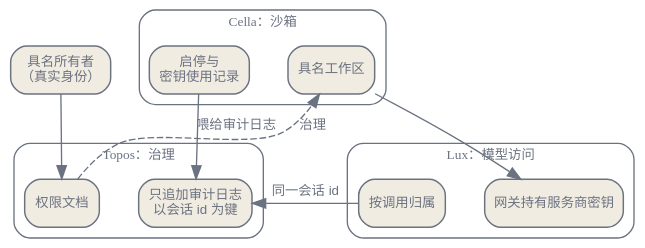
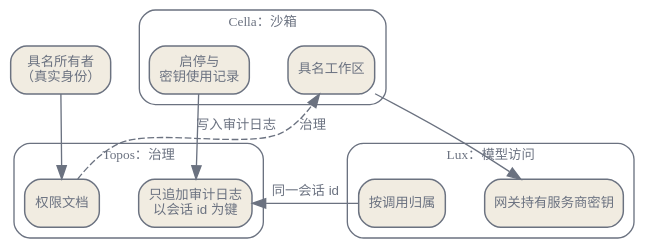
The third of 3 diagrams in zh/ecosystem/02-tooling-ecosystem.qmd (latere-ai/ai-as-an-infrastructure), drawn with Graphviz before and after one commit. The commit also changed other lines of this file and 8 other files, not shown here.

````diff
--- a/zh/ecosystem/02-tooling-ecosystem.qmd
+++ b/zh/ecosystem/02-tooling-ecosystem.qmd
@@ -243,35 +243,35 @@
 ```{dot}
 //| label: fig-tooling-composition
 //| fig-cap: "各层围绕同一个会话 id 组合。治理读取沙箱审计日志，网关的归属索引到同一个会话 id，而一个具名所有者把这一切系到一个真实身份上。"
 digraph {
   bgcolor="transparent";
   rankdir=TB;
   nodesep=0.4; ranksep=0.5;
   node [shape=box, style="rounded,filled", fontname="Helvetica", fontsize=10, color="#6b7280", fontcolor="#6b7280", fillcolor="#f1ece1", penwidth=1.1];
   edge [fontsize=10, fontname="Helvetica", color="#6b7280", fontcolor="#6b7280"];
 
   owner [label="具名所有者\n（真实身份）"];
 
   subgraph cluster_topos {
     label="Topos：治理"; style=rounded; color="#6b7280"; fontcolor="#6b7280"; fontsize=10;
     doc [label="权限文档"];
     log [label="只追加审计日志\n以会话 id 为键"];
   }
   subgraph cluster_cella {
     label="Cella：沙箱"; style=rounded; color="#6b7280"; fontcolor="#6b7280"; fontsize=10;
     work [label="具名工作区"];
     rec [label="启停与\n密钥使用记录"];
   }
   subgraph cluster_lux {
     label="Lux：模型访问"; style=rounded; color="#6b7280"; fontcolor="#6b7280"; fontsize=10;
     gw [label="网关持有服务商密钥"];
     attr [label="按调用归属"];
   }
 
   owner -> doc;
   doc -> work [label="治理", style=dashed];
-  rec -> log [label="喂给审计日志"];
+  rec -> log [label="写入审计日志"];
   attr -> log [label="同一会话 id"];
   work -> gw;
 }
 ```
````
